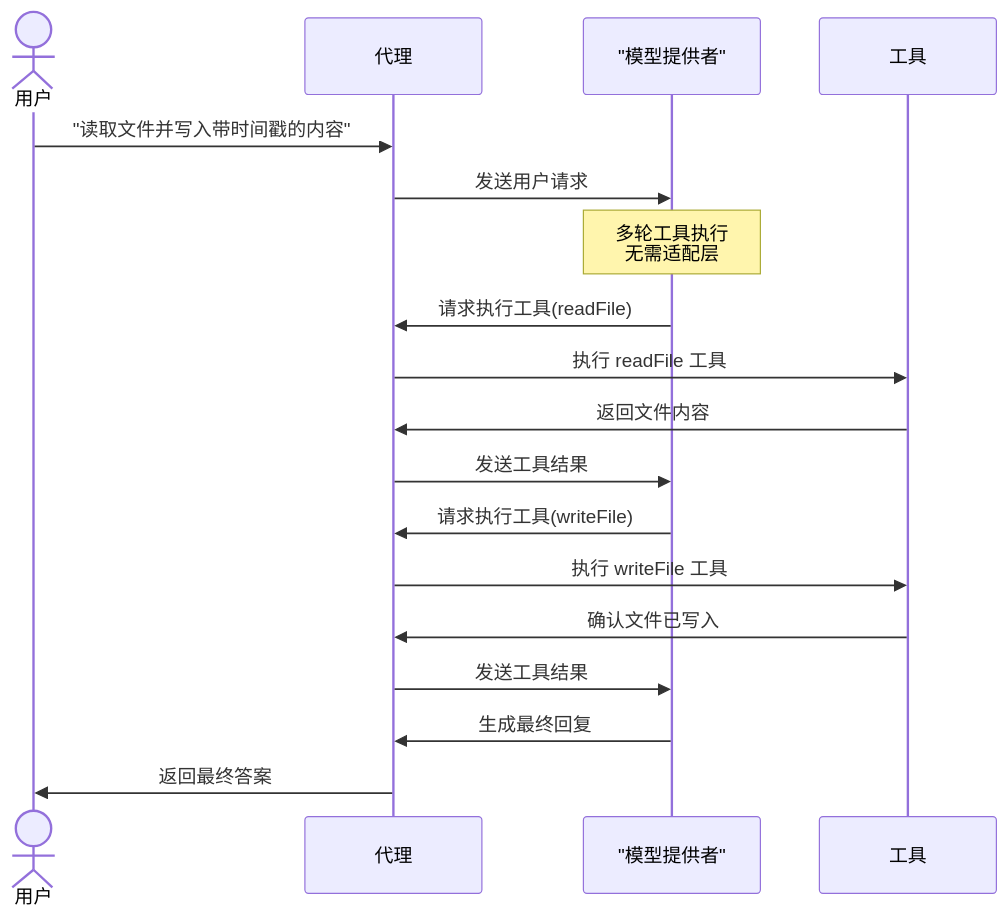
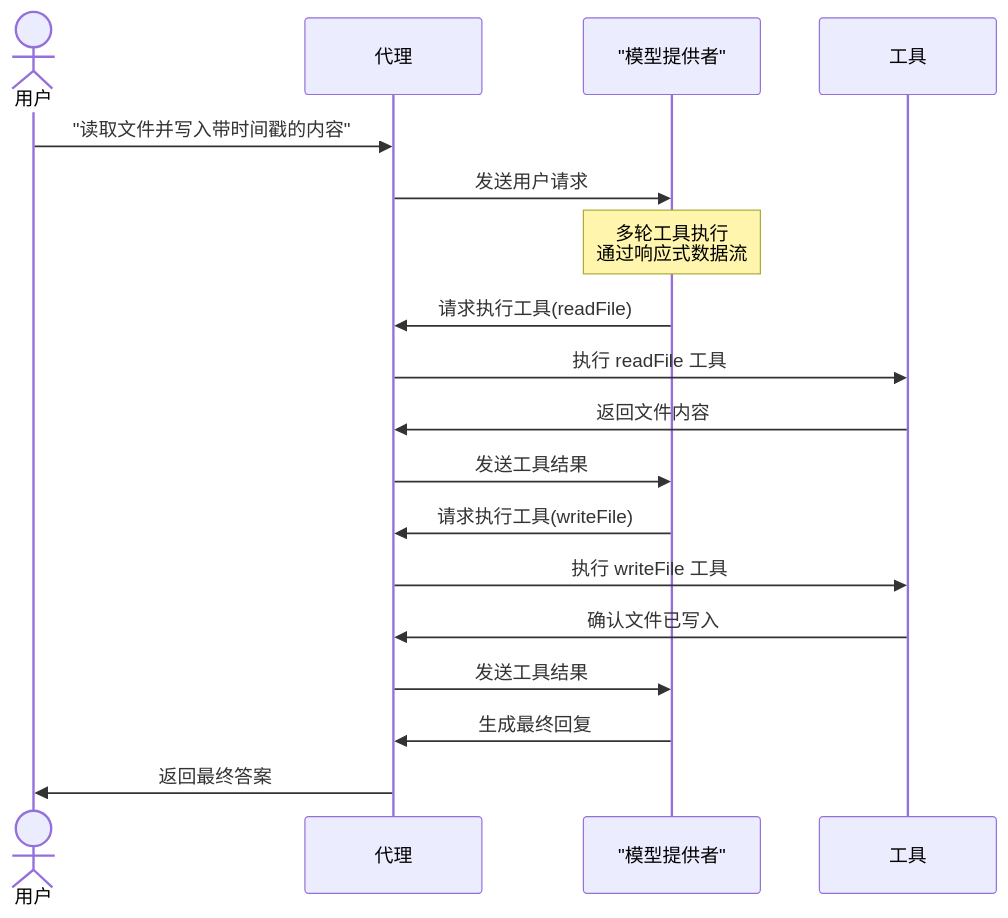
Before and after one commit to astack-tech/astack: the second of 6 diagrams in README.zh-CN.md, drawn with Mermaid. The commit also changed other lines of this file and 7 other files, not shown here.

````diff
--- a/README.zh-CN.md
+++ b/README.zh-CN.md
@@ -155,21 +180,21 @@
 ```mermaid
 sequenceDiagram
     actor User as 用户
     participant Agent as 代理
     participant ModelProvider as "模型提供者"
     participant Tools as 工具
     
     User->>Agent: "读取文件并写入带时间戳的内容"
     Agent->>ModelProvider: 发送用户请求
-    Note over ModelProvider: 多轮工具执行<br/>无需适配层
+    Note over ModelProvider: 多轮工具执行<br/>通过响应式数据流
     ModelProvider->>Agent: 请求执行工具(readFile)
     Agent->>Tools: 执行 readFile 工具
     Tools->>Agent: 返回文件内容
     Agent->>ModelProvider: 发送工具结果
     ModelProvider->>Agent: 请求执行工具(writeFile)
     Agent->>Tools: 执行 writeFile 工具
     Tools->>Agent: 确认文件已写入
     Agent->>ModelProvider: 发送工具结果
     ModelProvider->>Agent: 生成最终回复
     Agent->>User: 返回最终答案
 ```
````
